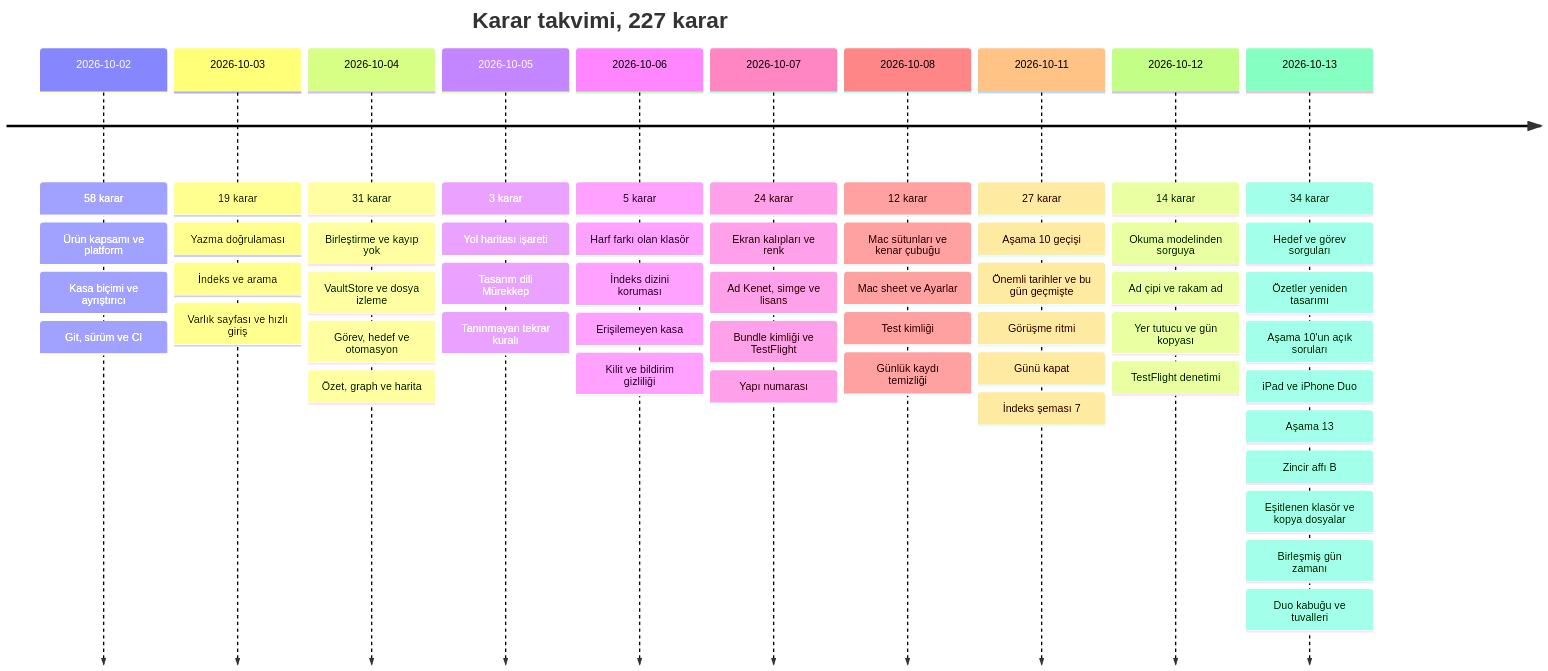
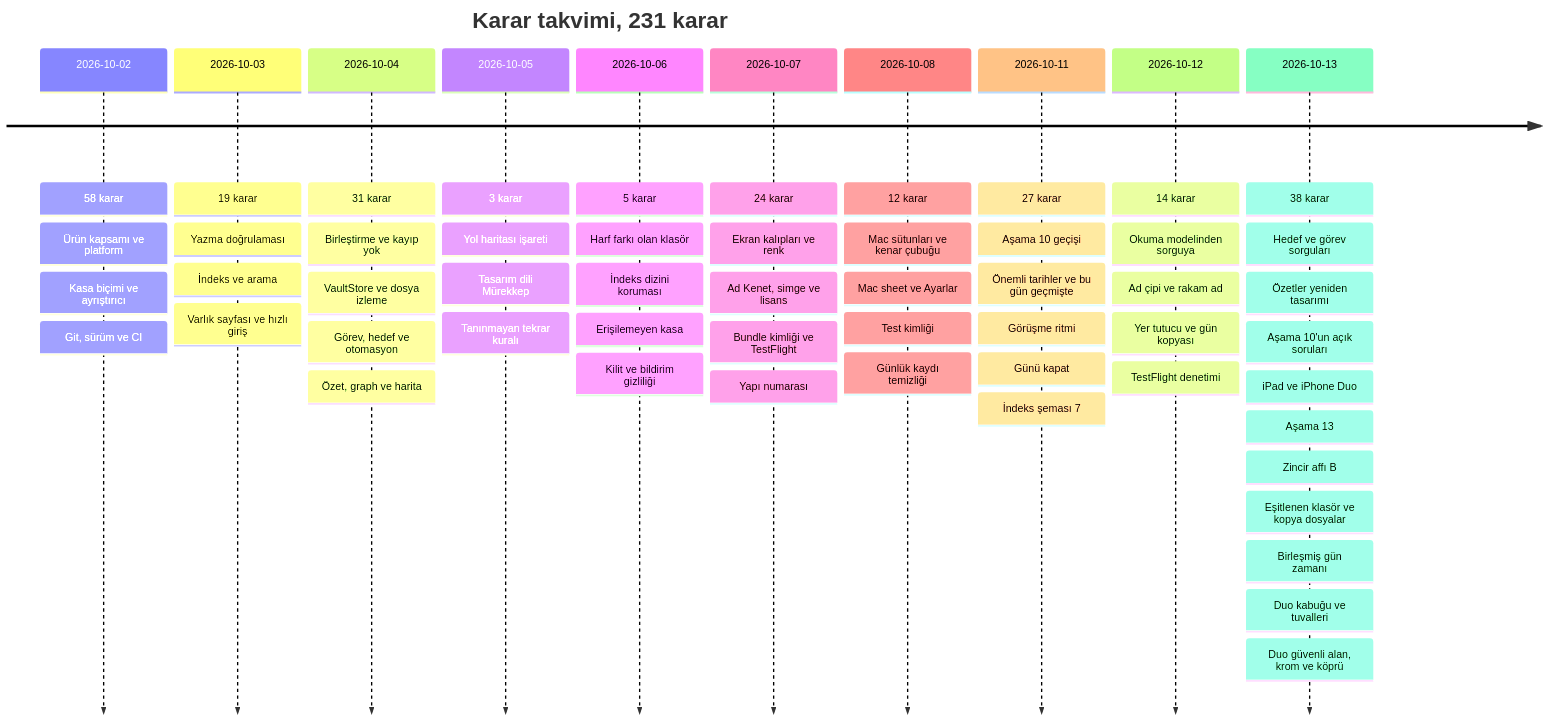
One commit to dogancanyildiz/kenet changed the third of 3 diagrams in docs/decisions.md. Above: the diagram before and after it, drawn with Mermaid. The commit also changed other lines of this file and 2 other files, not shown here.

Commit message:
docs: Duo D0 kararları, Aşama 13 kabuk kutusu kapandı, köprü cümlesi (#243)

````diff
--- a/docs/decisions.md
+++ b/docs/decisions.md
@@ -83,14 +83,14 @@
 ```mermaid
 timeline
-    title Karar takvimi, 227 karar
+    title Karar takvimi, 231 karar
     2026-10-02 : 58 karar : Ürün kapsamı ve platform : Kasa biçimi ve ayrıştırıcı : Git, sürüm ve CI
     2026-10-03 : 19 karar : Yazma doğrulaması : İndeks ve arama : Varlık sayfası ve hızlı giriş
     2026-10-04 : 31 karar : Birleştirme ve kayıp yok : VaultStore ve dosya izleme : Görev, hedef ve otomasyon : Özet, graph ve harita
     2026-10-05 : 3 karar : Yol haritası işareti : Tasarım dili Mürekkep : Tanınmayan tekrar kuralı
     2026-10-06 : 5 karar : Harf farkı olan klasör : İndeks dizini koruması : Erişilemeyen kasa : Kilit ve bildirim gizliliği
     2026-10-07 : 24 karar : Ekran kalıpları ve renk : Ad Kenet, simge ve lisans : Bundle kimliği ve TestFlight : Yapı numarası
     2026-10-08 : 12 karar : Mac sütunları ve kenar çubuğu : Mac sheet ve Ayarlar : Test kimliği : Günlük kaydı temizliği
     2026-10-11 : 27 karar : Aşama 10 geçişi : Önemli tarihler ve bu gün geçmişte : Görüşme ritmi : Günü kapat : İndeks şeması 7
     2026-10-12 : 14 karar : Okuma modelinden sorguya : Ad çipi ve rakam ad : Yer tutucu ve gün kopyası : TestFlight denetimi
-    2026-10-13 : 34 karar : Hedef ve görev sorguları : Özetler yeniden tasarımı : Aşama 10'un açık soruları : iPad ve iPhone Duo : Aşama 13 : Zincir affı B : Eşitlenen klasör ve kopya dosyalar : Birleşmiş gün zamanı : Duo kabuğu ve tuvalleri
+    2026-10-13 : 38 karar : Hedef ve görev sorguları : Özetler yeniden tasarımı : Aşama 10'un açık soruları : iPad ve iPhone Duo : Aşama 13 : Zincir affı B : Eşitlenen klasör ve kopya dosyalar : Birleşmiş gün zamanı : Duo kabuğu ve tuvalleri : Duo güvenli alan, krom ve köprü
 ```
````
